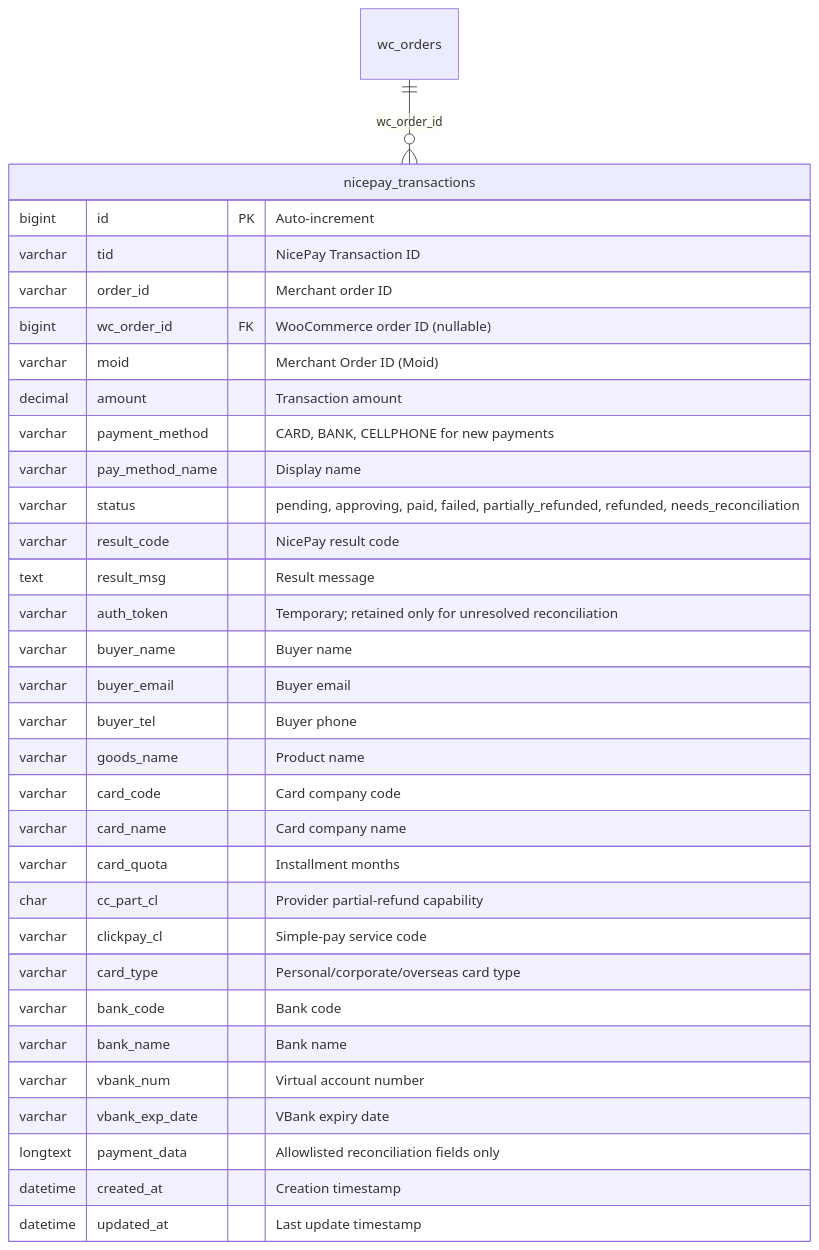
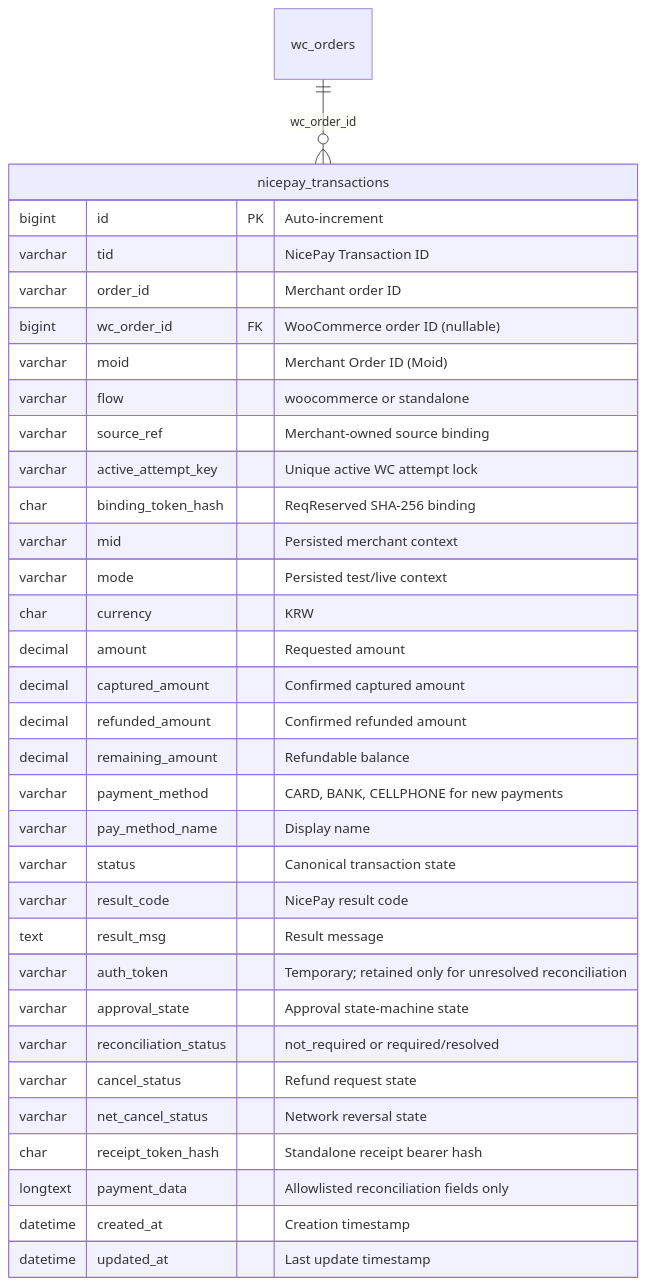
Before and after one commit to cemililik/nicepay-paymentgateway-wordpress-plugin: the seventh of 9 diagrams in docs/ARCHITECTURE.md, drawn with Mermaid. The commit also changed other lines of this file and 110 other files, not shown here.

````diff
--- a/docs/ARCHITECTURE.md
+++ b/docs/ARCHITECTURE.md
@@ -305,36 +309,37 @@
 ```mermaid
 erDiagram
     nicepay_transactions {
         bigint id PK "Auto-increment"
         varchar tid "NicePay Transaction ID"
         varchar order_id "Merchant order ID"
         bigint wc_order_id FK "WooCommerce order ID (nullable)"
         varchar moid "Merchant Order ID (Moid)"
-        decimal amount "Transaction amount"
+        varchar flow "woocommerce or standalone"
+        varchar source_ref "Merchant-owned source binding"
+        varchar active_attempt_key "Unique active WC attempt lock"
+        char binding_token_hash "ReqReserved SHA-256 binding"
+        varchar mid "Persisted merchant context"
+        varchar mode "Persisted test/live context"
+        char currency "KRW"
+        decimal amount "Requested amount"
+        decimal captured_amount "Confirmed captured amount"
+        decimal refunded_amount "Confirmed refunded amount"
+        decimal remaining_amount "Refundable balance"
         varchar payment_method "CARD, BANK, CELLPHONE for new payments"
         varchar pay_method_name "Display name"
-        varchar status "pending, approving, paid, failed, partially_refunded, refunded, needs_reconciliation"
+        varchar status "Canonical transaction state"
         varchar result_code "NicePay result code"
         text result_msg "Result message"
         varchar auth_token "Temporary; retained only for unresolved reconciliation"
-        varchar buyer_name "Buyer name"
-        varchar buyer_email "Buyer email"
-        varchar buyer_tel "Buyer phone"
-        varchar goods_name "Product name"
-        varchar card_code "Card company code"
-        varchar card_name "Card company name"
-        varchar card_quota "Installment months"
-        char cc_part_cl "Provider partial-refund capability"
-        varchar clickpay_cl "Simple-pay service code"
-        varchar card_type "Personal/corporate/overseas card type"
-        varchar bank_code "Bank code"
-        varchar bank_name "Bank name"
-        varchar vbank_num "Virtual account number"
-        varchar vbank_exp_date "VBank expiry date"
+        varchar approval_state "Approval state-machine state"
+        varchar reconciliation_status "not_required or required/resolved"
+        varchar cancel_status "Refund request state"
+        varchar net_cancel_status "Network reversal state"
+        char receipt_token_hash "Standalone receipt bearer hash"
         longtext payment_data "Allowlisted reconciliation fields only"
         datetime created_at "Creation timestamp"
         datetime updated_at "Last update timestamp"
     }
 
     wc_orders ||--o{ nicepay_transactions : "wc_order_id"
 ```
````
